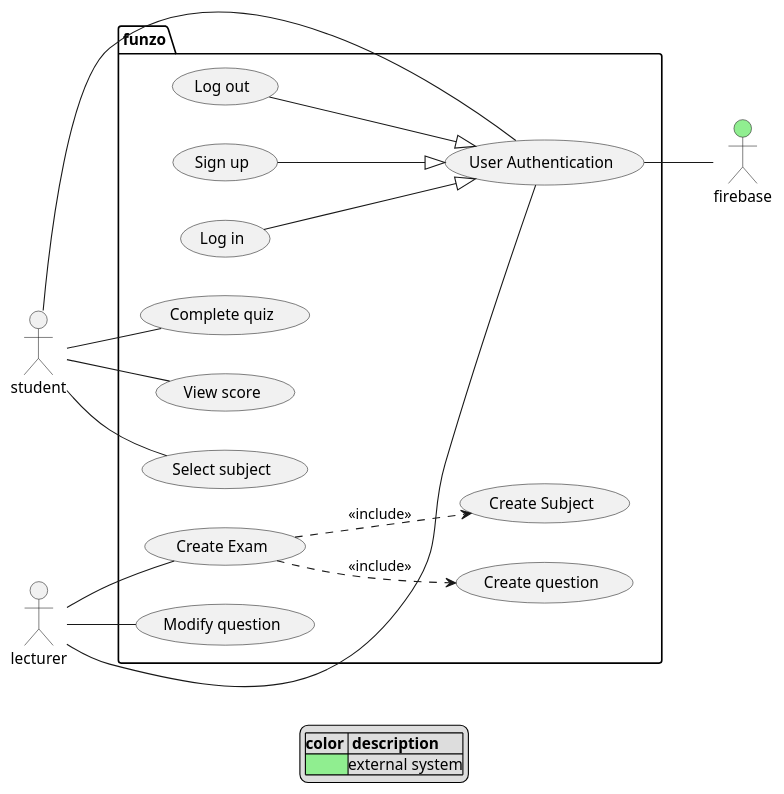
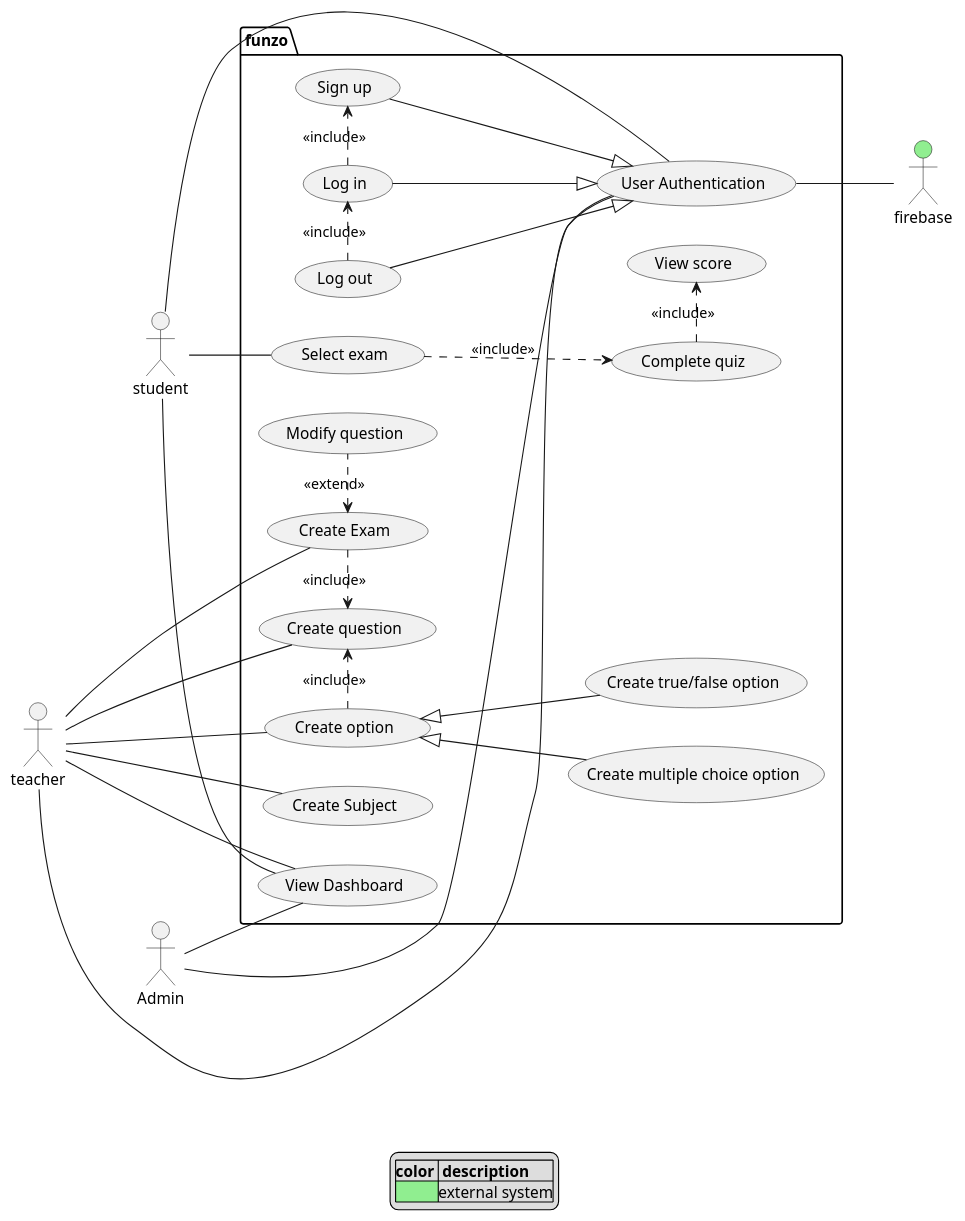
The diagram in docs/use-case.md (Tevingatheru/Funzo_Proxy), drawn with PlantUML before and after one commit.

Commit message:
Modify the use case

````diff
--- a/docs/use-case.md
+++ b/docs/use-case.md
@@ -1,47 +1,59 @@
 ```plantuml
 @startuml
 actor student
-actor lecturer
-actor firebase #lightgreen
+actor "teacher" as lecturer
+actor firebase #lightGreen
+actor "Admin" as admin 
 
 package funzo {
-  usecase "Select subject" as subject
+  usecase "Select exam" as subject
   usecase "Complete quiz" as quiz
   usecase "View score" as results
+  usecase "Create Exam" as createExam
+  usecase "Create Subject" as createSubject
+  usecase "Create question" as createQ
   usecase "Log out" as logOut
   usecase "Log in" as logIn
   usecase "Sign up" as signUp
-  usecase "Create Exam" as createExam
-  usecase "Create Subject" as createSubject
-  usecase "Create question" as createQ
   usecase "Modify question" as modifyQ
+  usecase "Create option" as createO
+  usecase "Create multiple choice option" as mcq
+  usecase "Create true/false option" as tf
   usecase "User Authentication" as auth
+  usecase "View Dashboard" as dashboard
 }
 
 left to right direction
+admin -- dashboard
+admin -- auth
+student -- dashboard
 student -- auth
 student -- subject
-student -- quiz
-student -- results
+subject ..> quiz: <<include>>
+quiz .> results: <<include>>
+lecturer --- dashboard
 lecturer -- auth
 lecturer -- createExam
-createExam ..> createQ: <<include>>
-createExam ..> createSubject: <<include>>
-lecturer -- modifyQ
+lecturer -- createSubject
+lecturer -- createO
+lecturer -- createQ
 firebase -up- auth
+logOut .right.> logIn: <<include>>
+logIn .right.> signUp: <<include>>
+createExam <.right. modifyQ: <<extend>>
+createExam .right.> createQ: <<include>>
+createO .> createQ : <<include>>
 
-
-top to bottom direction
 auth <|-up- logIn
 auth <|-up- signUp
 auth <|-up- logOut
-
-left to right direction
+createO <|-- mcq
+createO <|-- tf
 
 legend 
 |**color** | **description**|
 |<#lightgreen>|external system|
 end legend
 
 @enduml
 ```
````
